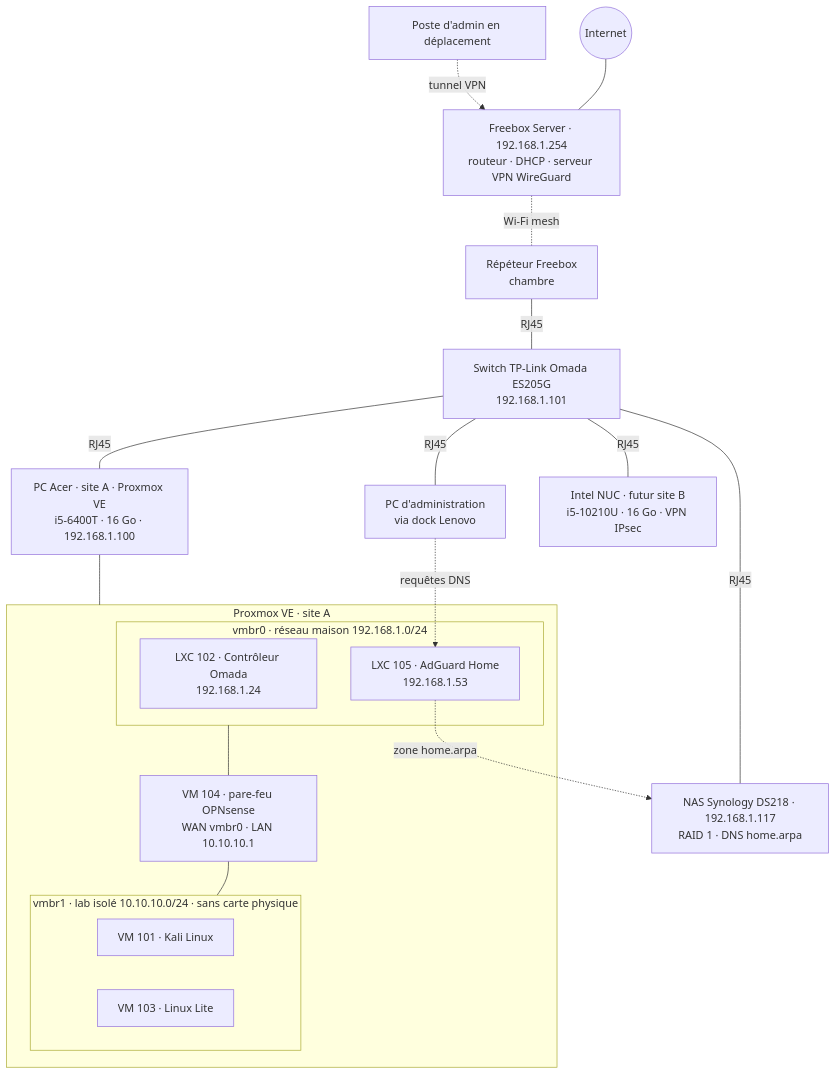
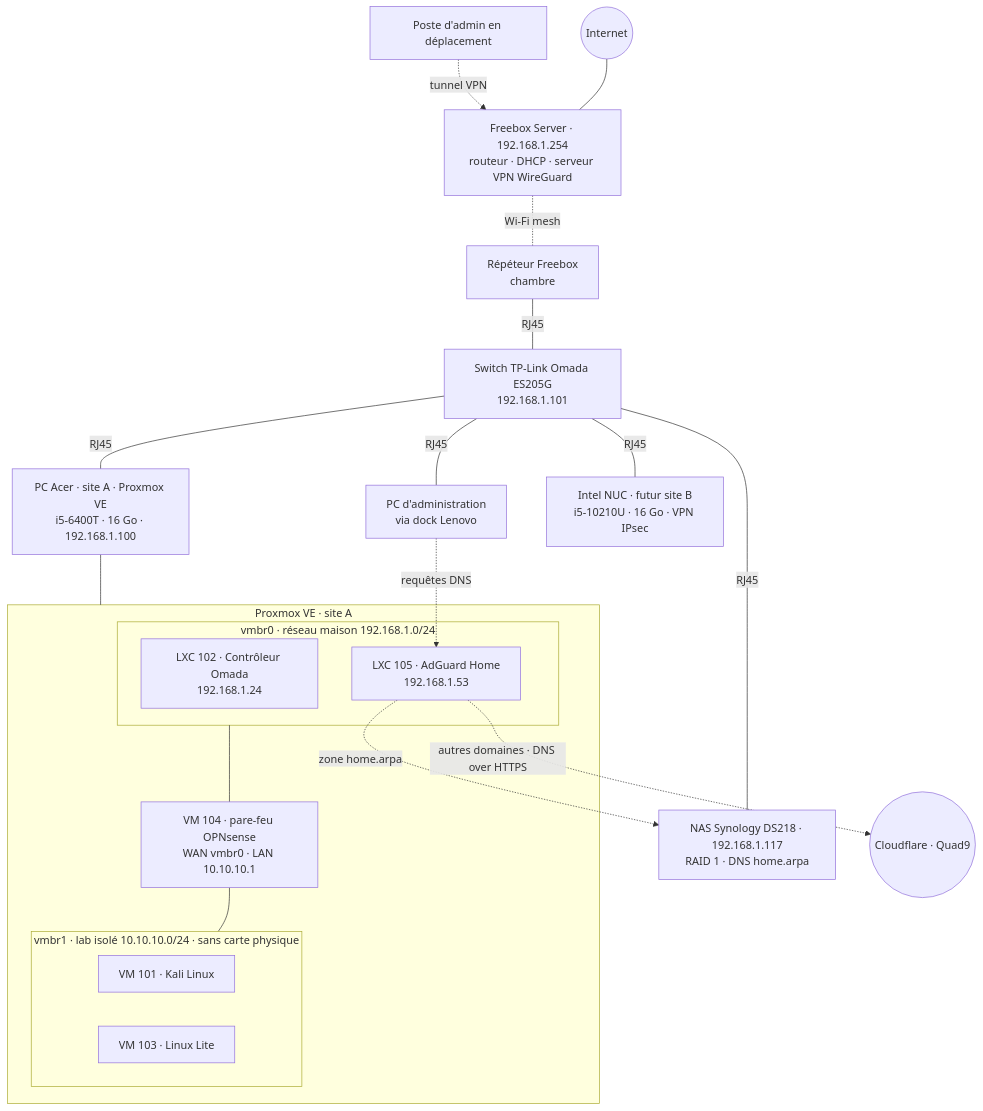
Before and after one commit to jobb02/homelab: the diagram in README.md, drawn with Mermaid. The commit also changed other lines of this file, not shown here.

````diff
--- a/README.md
+++ b/README.md
@@ -13,28 +13,29 @@
 ```mermaid
 flowchart TB
     Internet((Internet)) --- FBX[Freebox Server · 192.168.1.254<br/>routeur · DHCP · serveur VPN WireGuard]
     ADMDIST[Poste d'admin en déplacement] -. tunnel VPN .-> FBX
     FBX -. Wi-Fi mesh .- REP[Répéteur Freebox<br/>chambre]
     REP -- RJ45 --- SW[Switch TP-Link Omada ES205G<br/>192.168.1.101]
     SW -- RJ45 --- PVE[PC Acer · site A · Proxmox VE<br/>i5-6400T · 16 Go · 192.168.1.100]
     SW -- RJ45 --- NAS[NAS Synology DS218 · 192.168.1.117<br/>RAID 1 · DNS home.arpa]
     SW -- RJ45 --- ADM[PC d'administration<br/>via dock Lenovo]
     SW -- RJ45 --- NUC[Intel NUC · futur site B<br/>i5-10210U · 16 Go · VPN IPsec]
 
     subgraph PVE_G [Proxmox VE · site A]
         subgraph SRV [vmbr0 · réseau maison 192.168.1.0/24]
             OMADA[LXC 102 · Contrôleur Omada<br/>192.168.1.24]
             ADG[LXC 105 · AdGuard Home<br/>192.168.1.53]
         end
         FW[VM 104 · pare-feu OPNsense<br/>WAN vmbr0 · LAN 10.10.10.1]
         subgraph LAB [vmbr1 · lab isolé 10.10.10.0/24 · sans carte physique]
             KALI[VM 101 · Kali Linux]
             LIN[VM 103 · Linux Lite]
         end
         SRV --- FW --- LAB
     end
     PVE --- PVE_G
 
     ADM -.->|"requêtes DNS"| ADG
     ADG -.->|"zone home.arpa"| NAS
+    ADG -.->|"autres domaines · DNS over HTTPS"| DOH((Cloudflare · Quad9))
 ```
````
